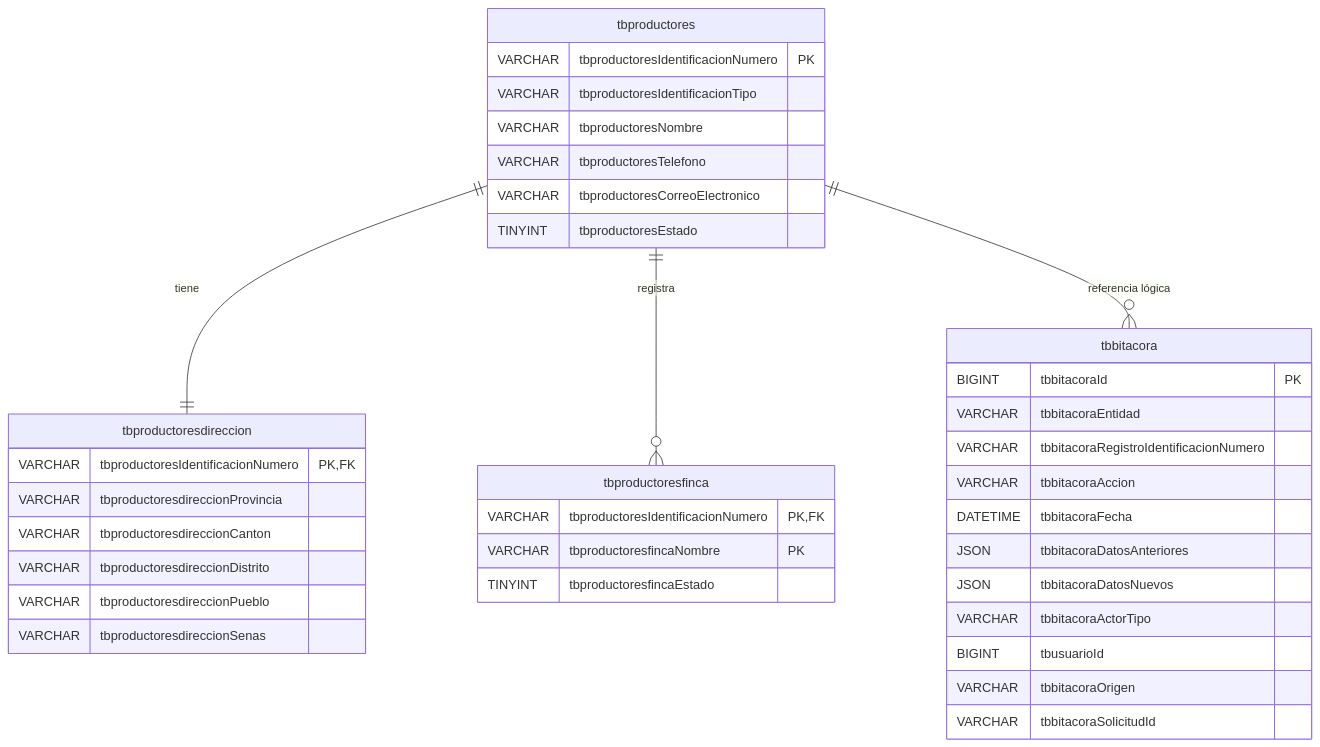
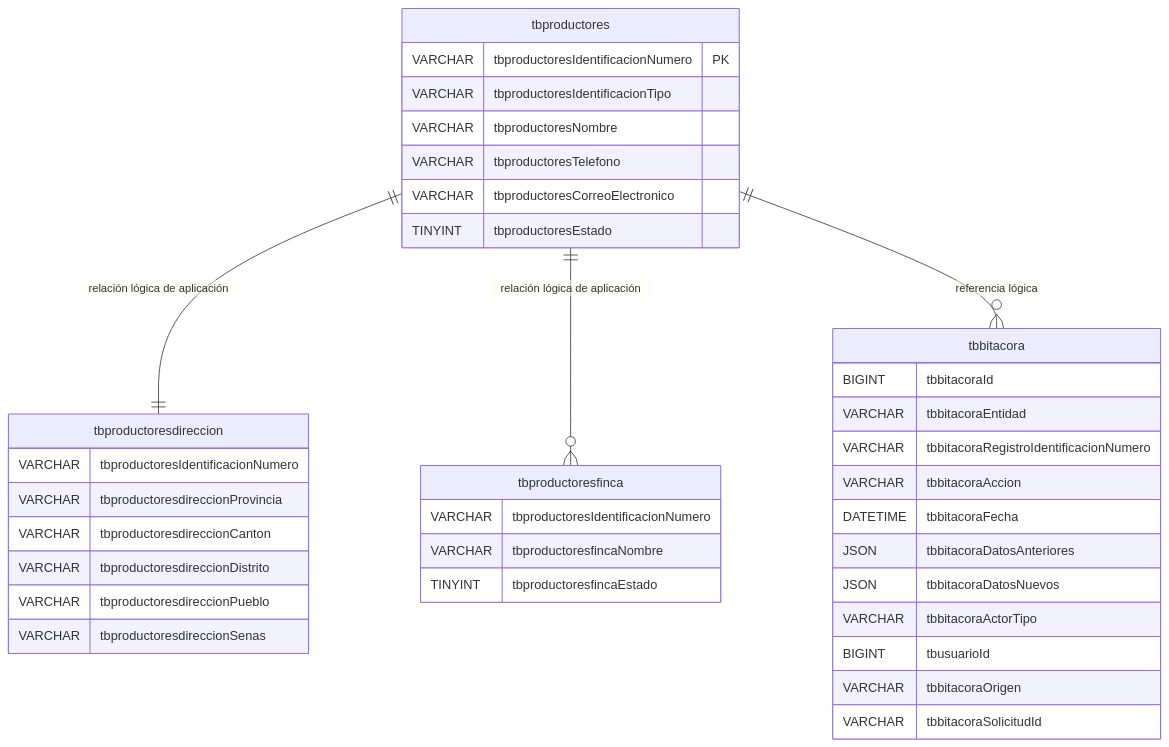
Before and after one commit to DilanRC/Proyecto-Paradigmas: the diagram in Documentation/DER.md, drawn with Mermaid. The commit also changed other lines of this file and 26 other files, not shown here.

````diff
--- a/Documentation/DER.md
+++ b/Documentation/DER.md
@@ -3,40 +3,40 @@
 ```mermaid
 erDiagram
     tbproductores {
         VARCHAR tbproductoresIdentificacionNumero PK
         VARCHAR tbproductoresIdentificacionTipo
         VARCHAR tbproductoresNombre
         VARCHAR tbproductoresTelefono
         VARCHAR tbproductoresCorreoElectronico
         TINYINT tbproductoresEstado
     }
     tbproductoresdireccion {
-        VARCHAR tbproductoresIdentificacionNumero PK,FK
+        VARCHAR tbproductoresIdentificacionNumero
         VARCHAR tbproductoresdireccionProvincia
         VARCHAR tbproductoresdireccionCanton
         VARCHAR tbproductoresdireccionDistrito
         VARCHAR tbproductoresdireccionPueblo
         VARCHAR tbproductoresdireccionSenas
     }
     tbproductoresfinca {
-        VARCHAR tbproductoresIdentificacionNumero PK,FK
-        VARCHAR tbproductoresfincaNombre PK
+        VARCHAR tbproductoresIdentificacionNumero
+        VARCHAR tbproductoresfincaNombre
         TINYINT tbproductoresfincaEstado
     }
     tbbitacora {
-        BIGINT tbbitacoraId PK
+        BIGINT tbbitacoraId
         VARCHAR tbbitacoraEntidad
         VARCHAR tbbitacoraRegistroIdentificacionNumero
         VARCHAR tbbitacoraAccion
         DATETIME tbbitacoraFecha
         JSON tbbitacoraDatosAnteriores
         JSON tbbitacoraDatosNuevos
         VARCHAR tbbitacoraActorTipo
         BIGINT tbusuarioId
         VARCHAR tbbitacoraOrigen
         VARCHAR tbbitacoraSolicitudId
     }
-    tbproductores ||--|| tbproductoresdireccion : "tiene"
-    tbproductores ||--o{ tbproductoresfinca : "registra"
+    tbproductores ||--|| tbproductoresdireccion : "relación lógica de aplicación"
+    tbproductores ||--o{ tbproductoresfinca : "relación lógica de aplicación"
     tbproductores ||--o{ tbbitacora : "referencia lógica"
 ```
````
